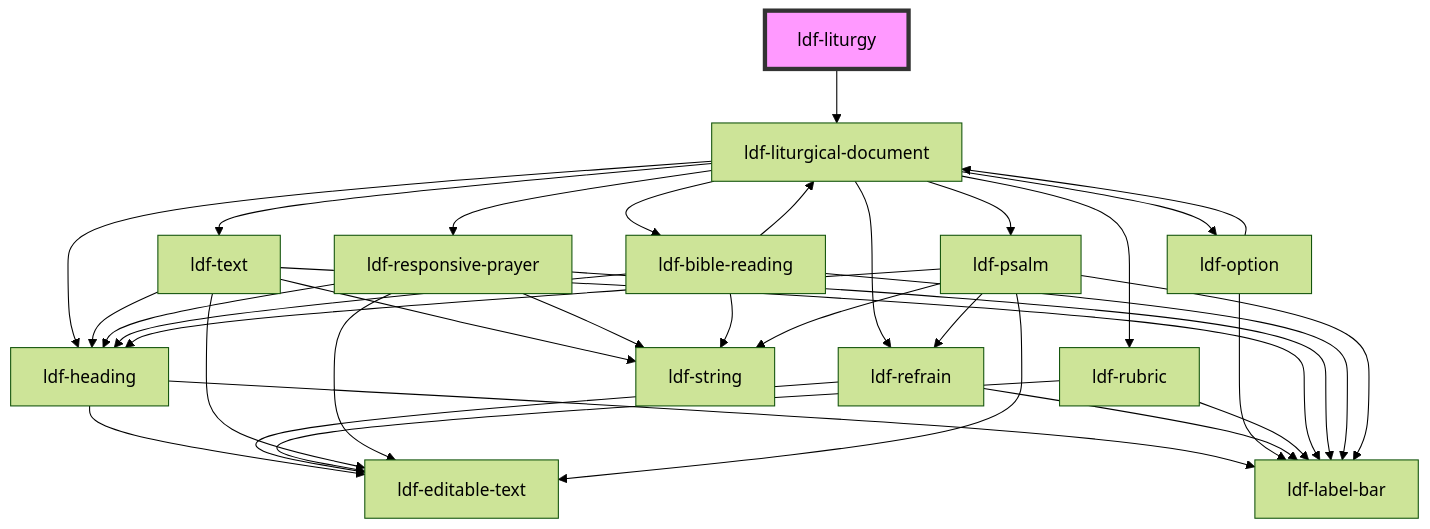
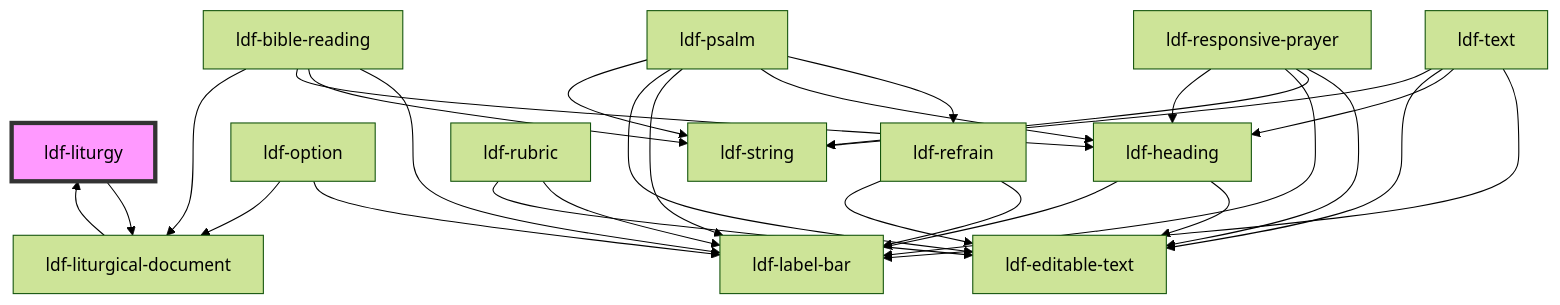
One commit to gbj/venite changed the diagram in components/src/components/liturgy/readme.md. Above: the diagram before and after it, drawn with Mermaid (forest theme). The commit also changed other lines of this file and 9 other files, not shown here.

````diff
--- a/components/src/components/liturgy/readme.md
+++ b/components/src/components/liturgy/readme.md
@@ -24,38 +28,31 @@
 ```mermaid
 graph TD;
   ldf-liturgy --> ldf-liturgical-document
-  ldf-liturgical-document --> ldf-heading
-  ldf-liturgical-document --> ldf-option
-  ldf-liturgical-document --> ldf-refrain
-  ldf-liturgical-document --> ldf-rubric
-  ldf-liturgical-document --> ldf-text
-  ldf-liturgical-document --> ldf-responsive-prayer
-  ldf-liturgical-document --> ldf-bible-reading
-  ldf-liturgical-document --> ldf-psalm
+  ldf-liturgical-document --> ldf-liturgy
   ldf-heading --> ldf-editable-text
   ldf-heading --> ldf-label-bar
   ldf-option --> ldf-label-bar
   ldf-option --> ldf-liturgical-document
   ldf-refrain --> ldf-label-bar
   ldf-refrain --> ldf-editable-text
   ldf-rubric --> ldf-label-bar
   ldf-rubric --> ldf-editable-text
   ldf-text --> ldf-label-bar
   ldf-text --> ldf-heading
   ldf-text --> ldf-editable-text
   ldf-text --> ldf-string
   ldf-responsive-prayer --> ldf-editable-text
   ldf-responsive-prayer --> ldf-string
   ldf-responsive-prayer --> ldf-label-bar
   ldf-responsive-prayer --> ldf-heading
   ldf-bible-reading --> ldf-label-bar
   ldf-bible-reading --> ldf-string
   ldf-bible-reading --> ldf-heading
   ldf-bible-reading --> ldf-liturgical-document
   ldf-psalm --> ldf-refrain
   ldf-psalm --> ldf-heading
   ldf-psalm --> ldf-label-bar
   ldf-psalm --> ldf-editable-text
   ldf-psalm --> ldf-string
   style ldf-liturgy fill:#f9f,stroke:#333,stroke-width:4px
 ```
````
